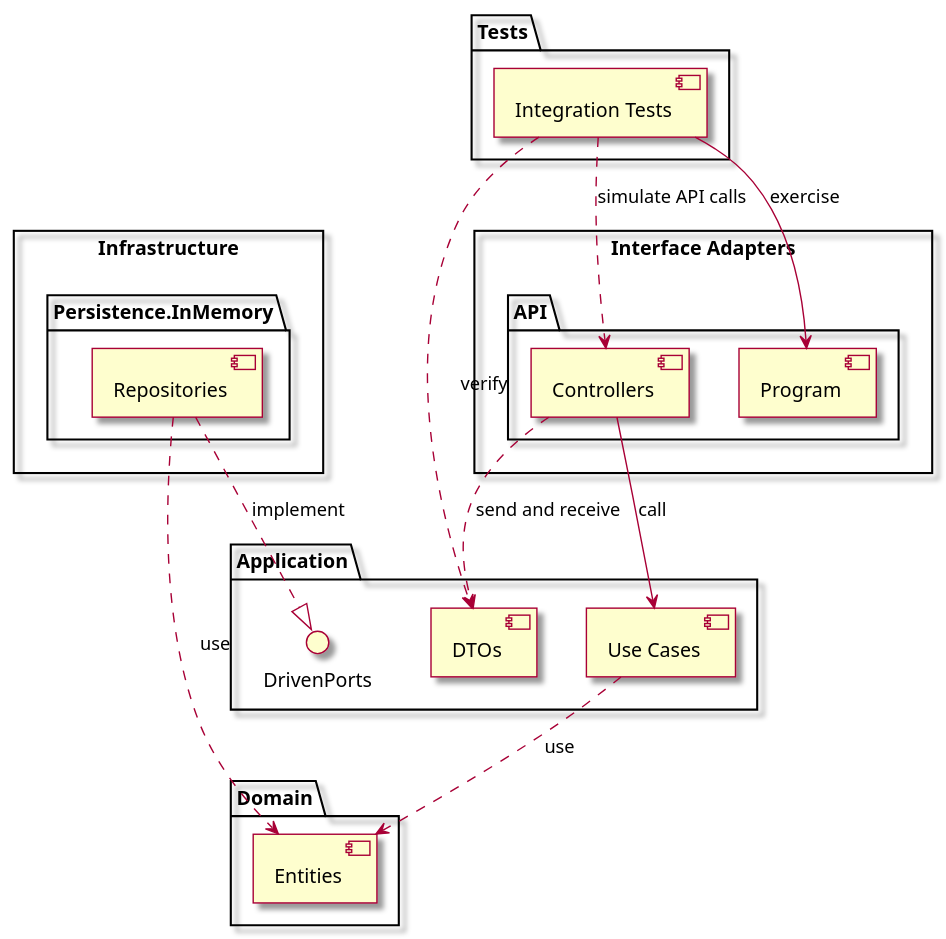
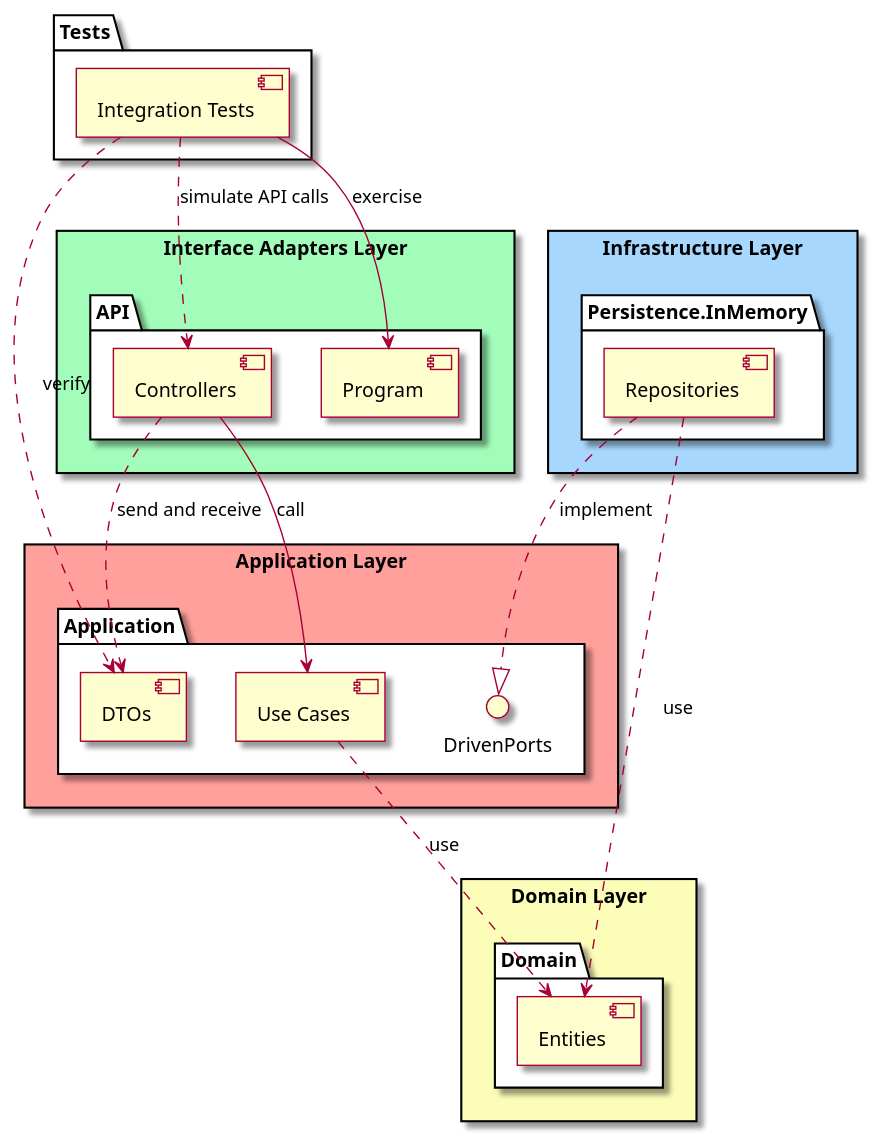
The diagram in docs/Diagrams/Architecture.puml (kahsez/KanbanBoard), drawn with PlantUML before and after one commit. The commit also changed 1 other file, not shown here.

Commit message:
docs: color architecture diagram
[skip ci]

```diff
--- a/docs/Diagrams/Architecture.puml
+++ b/docs/Diagrams/Architecture.puml
@@ -1,53 +1,61 @@
 @startuml
 'https://plantuml.com/deployment-diagram
 skin rose
 
-package "Domain" {
-    [Entities]
+skinparam package {
+  BackgroundColor white
 }
 
-package "Application" {
-    interface DrivenPorts
-    [Use Cases]
-    [DTOs]
-}
-
-rectangle "Infrastructure" {
-    package "Persistence.InMemory" {
-        [Repositories]
+rectangle "Domain Layer" #fcfdb9 {
+    package "Domain" {
+        [Entities]
     }
 }
 
-rectangle "Interface Adapters" {
+rectangle "Application Layer" #ffa09c {
+    package "Application" {
+        interface DrivenPorts
+        [Use Cases]
+        [DTOs]
+    }
+}
+
+rectangle "Interface Adapters Layer" #a2fdba {
     package "API" {
         [Controllers]
         [Program]
+    }
+}
+
+rectangle "Infrastructure Layer" #a7d7fd {
+    package "Persistence.InMemory" {
+        [Repositories]
     }
 }
 
 package "Tests" {
     [Integration Tests]
 }
 
 ' Application depends on Domain
 [Use Cases] ..> [Entities] : use
 
 ' API calls into Application Use Cases
 [Controllers] --> [Use Cases] : call
 [Controllers] ..> [DTOs] : send and receive
 
 ' Persistence implements abstractions defined in Domain/Application
 [Repositories] ..> [Entities] : use
 [Repositories] ..|> DrivenPorts : implement
 
 ' The Program (in API) wires up dependencies.
 '[Program] --> [DrivenPorts]
 '[Program] --> [Repositories]
 '[Program] --> [Controllers]
 
 ' Integration tests interact with the entry point (API) to verify end-to-end flows
 [Integration Tests] --> [Program] : exercise
 [Integration Tests] ..> [Controllers] : simulate API calls
 [Integration Tests] ..> [DTOs] : verify
 
 @enduml
```
